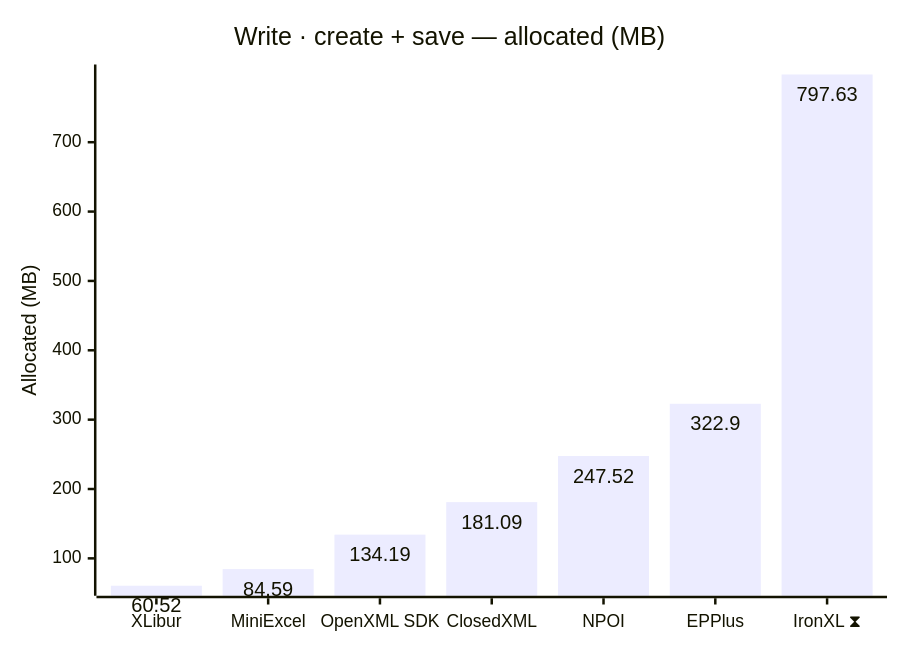
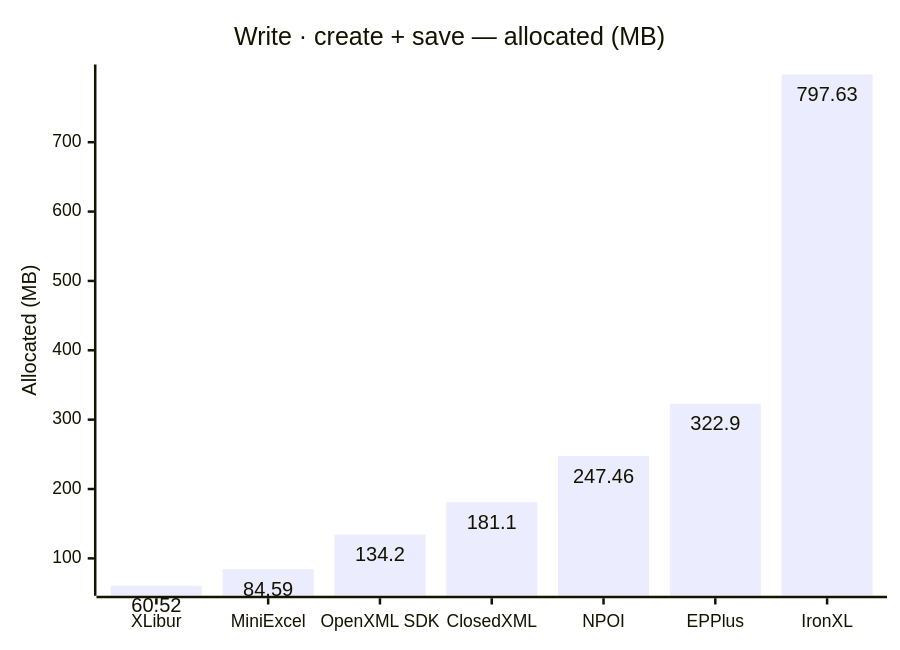
The sixth of 12 diagrams in docs/results.md (jafin/XLBench), drawn with Mermaid before and after one commit. The commit also changed other lines of this file and 2 other files, not shown here.

````diff
--- a/docs/results.md
+++ b/docs/results.md
@@ -104,12 +100,12 @@
 ```mermaid
 ---
 config:
   xyChart:
     showDataLabel: true
 ---
 xychart-beta
     title "Write · create + save — allocated (MB)"
-    x-axis ["XLibur", "MiniExcel", "OpenXML SDK", "ClosedXML", "NPOI", "EPPlus", "IronXL ⧗"]
+    x-axis ["XLibur", "MiniExcel", "OpenXML SDK", "ClosedXML", "NPOI", "EPPlus", "IronXL"]
     y-axis "Allocated (MB)"
-    bar [60.52, 84.59, 134.19, 181.09, 247.52, 322.9, 797.63]
+    bar [60.52, 84.59, 134.2, 181.1, 247.46, 322.9, 797.63]
 ```
````
